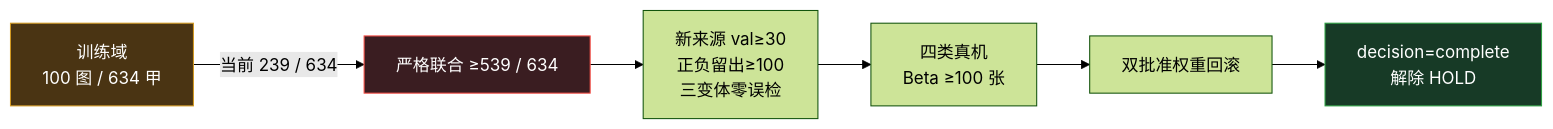
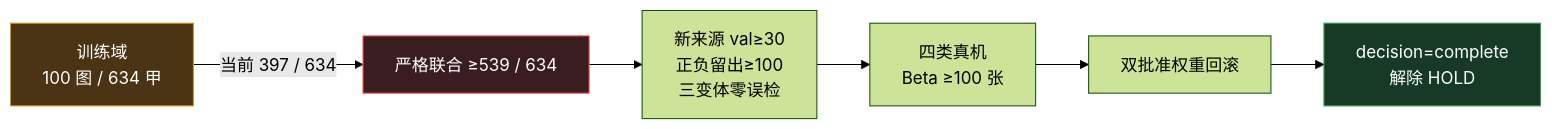
One commit to yaoyinyu/JiaRu changed the second of 2 diagrams in README.md. Above: the diagram before and after it, drawn with Mermaid (forest theme). The commit also changed other lines of this file and 42 other files, not shown here.

````diff
--- a/README.md
+++ b/README.md
@@ -68,11 +68,11 @@
 ```mermaid
 flowchart LR
-  A["训练域<br/>100 图 / 634 甲"] -->|当前 239 / 634| B["严格联合 ≥539 / 634"]
+  A["训练域<br/>100 图 / 634 甲"] -->|当前 397 / 634| B["严格联合 ≥539 / 634"]
   B --> C["新来源 val≥30<br/>正负留出≥100<br/>三变体零误检"]
   C --> D["四类真机<br/>Beta ≥100 张"]
   D --> E["双批准权重回滚"]
   E --> F["decision=complete<br/>解除 HOLD"]
   style A fill:#4a3413,stroke:#d29922,color:#ffffff
   style F fill:#173a26,stroke:#2ea043,color:#ffffff
   style B fill:#3a1d21,stroke:#f85149,color:#ffffff
 ```
````
